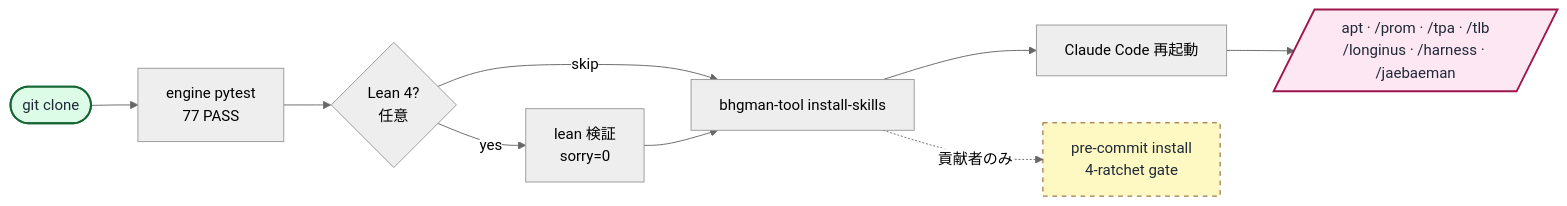
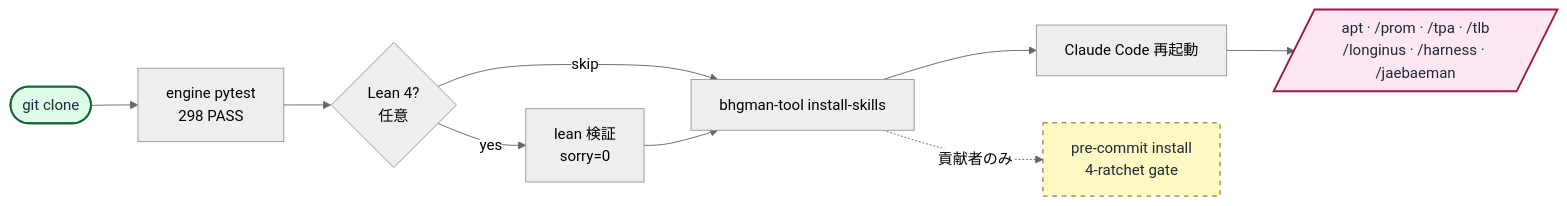
The diagram in README.ja-JP.md (gj3447/bhgman_tool), drawn with Mermaid (neutral theme) before and after one commit. The commit also changed other lines of this file and 13 other files, not shown here.

````diff
--- a/README.ja-JP.md
+++ b/README.ja-JP.md
@@ -88,18 +88,18 @@
 ```mermaid
 flowchart LR
-    A([git clone]) --> B[engine pytest<br/>77 PASS]
+    A([git clone]) --> B[engine pytest<br/>298 PASS]
     B --> C{Lean 4?<br/>任意}
     C -- yes --> D[lean 検証<br/>sorry=0]
     C -- skip --> E[bhgman-tool install-skills]
     D --> E
     E --> F[Claude Code 再起動]
     F --> G[/apt · /prom · /tpa · /tlb<br/>/longinus · /harness · /jaebaeman/]
     E -. 貢献者のみ .-> H[pre-commit install<br/>4-ratchet gate]
 
     classDef startNode fill:#dcfce7,stroke:#166534,stroke-width:2px,color:#1f2937
     classDef endNode fill:#fce7f3,stroke:#9d174d,stroke-width:2px,color:#1f2937
     classDef optNode fill:#fef9c3,stroke:#854d0e,stroke-width:1px,stroke-dasharray:5 5,color:#1f2937
     class A startNode
     class G endNode
     class H optNode
 ```
````
